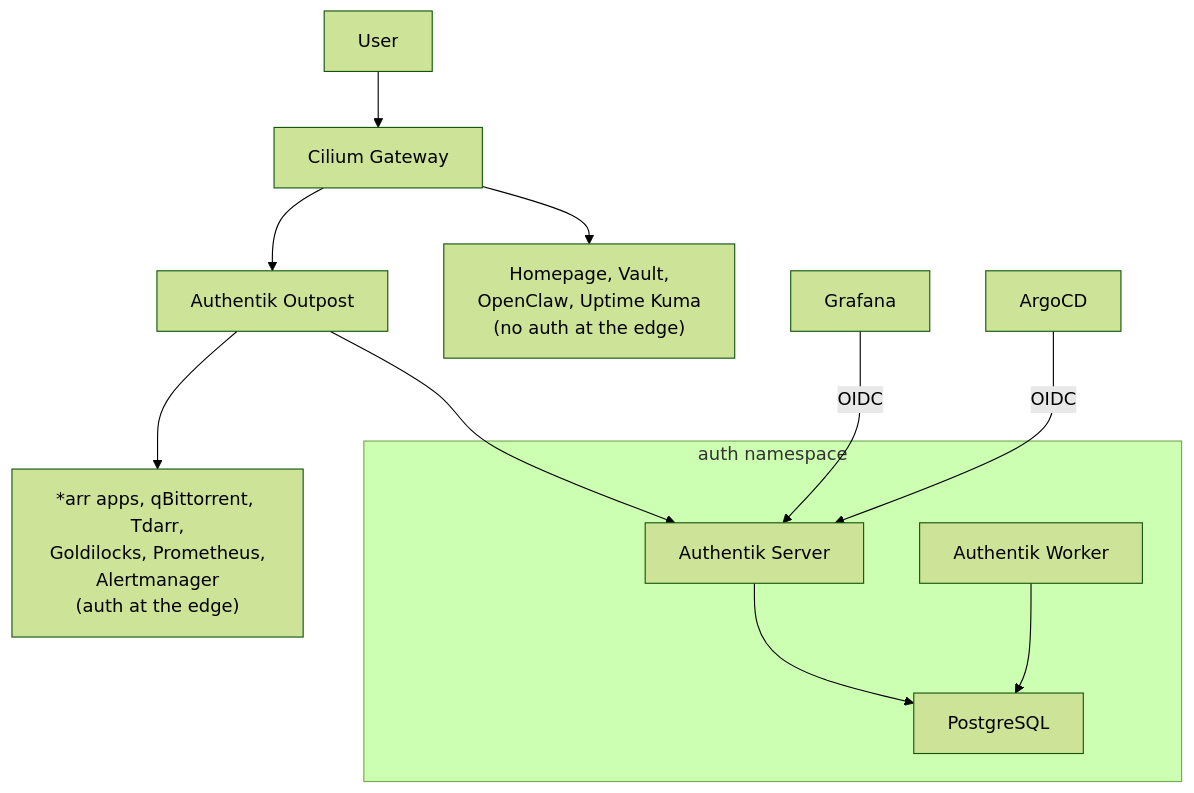
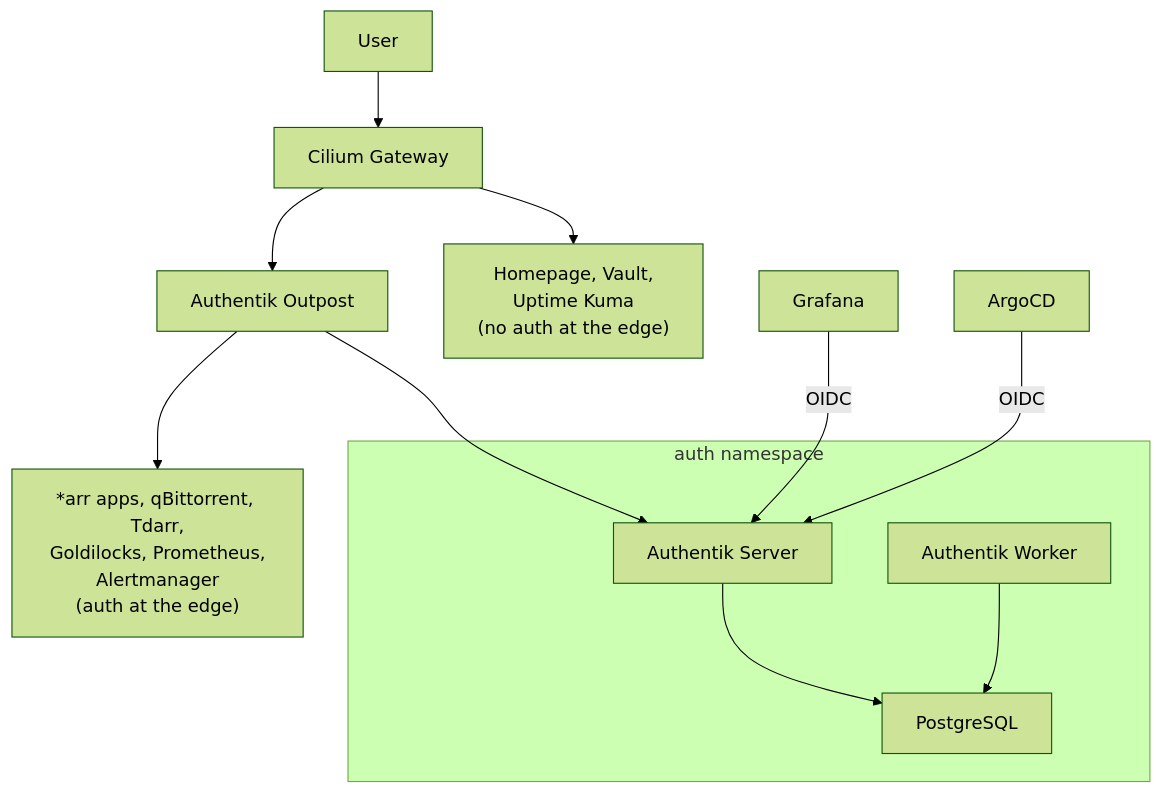
One commit to kyleseneker/homelab changed the diagram in docs/architecture/auth.md. Above: the diagram before and after it, drawn with Mermaid (forest theme). The commit also changed other lines of this file and 45 other files, not shown here.

````diff
--- a/docs/architecture/auth.md
+++ b/docs/architecture/auth.md
@@ -7,19 +7,19 @@
 ```mermaid
 flowchart TB
     subgraph authNS ["auth namespace"]
         AuthentikServer["Authentik Server"]
         AuthentikWorker["Authentik Worker"]
         PostgreSQL["PostgreSQL"]
         AuthentikServer --> PostgreSQL
         AuthentikWorker --> PostgreSQL
     end
 
     User["User"] --> Gateway["Cilium Gateway"]
     Gateway --> Outpost["Authentik Outpost"]
     Outpost --> ProtectedApps["*arr apps, qBittorrent, Tdarr,<br/>Goldilocks, Prometheus,<br/>Alertmanager<br/>(auth at the edge)"]
     Outpost --> AuthentikServer
-    Gateway --> UnprotectedApps["Homepage, Vault,<br/>OpenClaw, Uptime Kuma<br/>(no auth at the edge)"]
+    Gateway --> UnprotectedApps["Homepage, Vault,<br/>Uptime Kuma<br/>(no auth at the edge)"]
 
     Grafana["Grafana"] -->|"OIDC"| AuthentikServer
     ArgoCD["ArgoCD"] -->|"OIDC"| AuthentikServer
 ```
````
